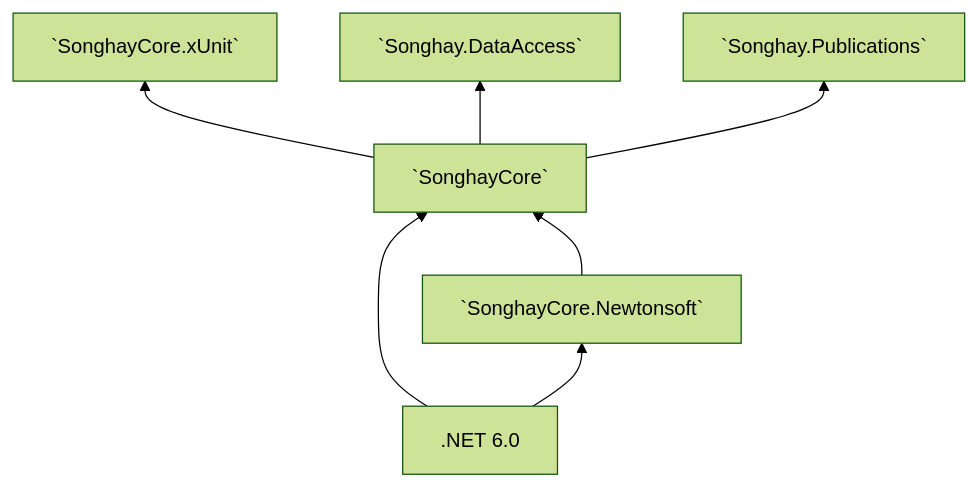
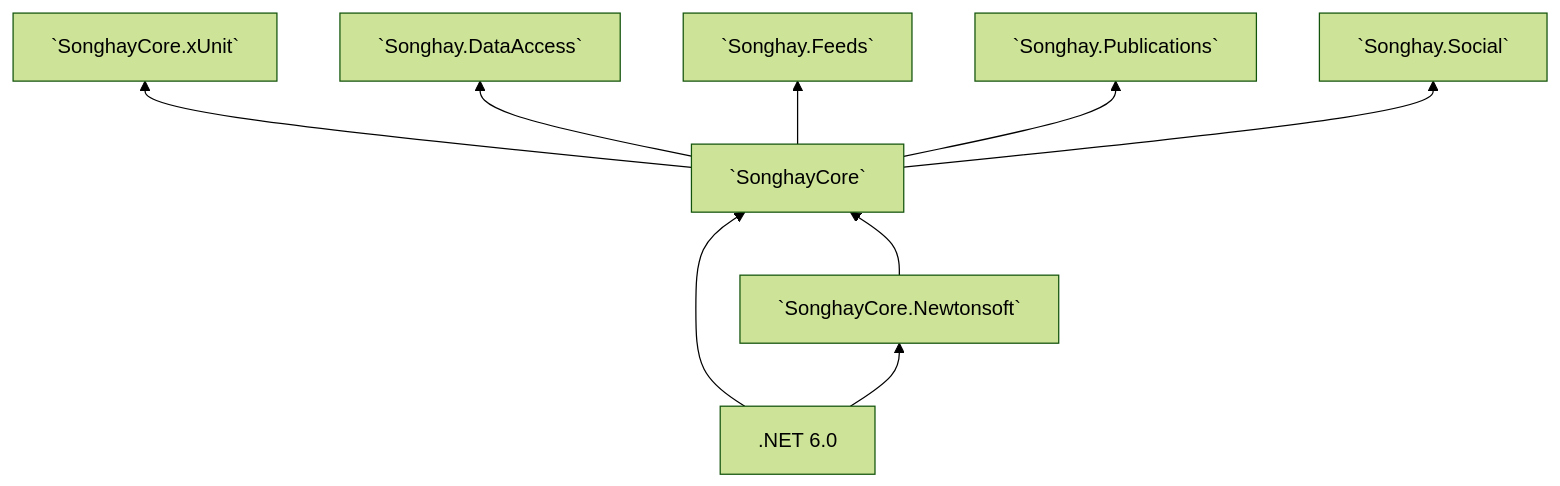
Before and after one commit to BryanWilhite/SonghayCore: the diagram in README.md, drawn with Mermaid (forest theme).

````diff
--- a/README.md
+++ b/README.md
@@ -96,15 +96,17 @@
 ```mermaid
 graph BT
     net6[.NET 6.0]
 
     1[`SonghayCore`]
     2[`SonghayCore.Newtonsoft`]
 
     net6-->1
     net6-->2
     2-->1
 
     1-->3[`SonghayCore.xUnit`]
     1-->4[`Songhay.DataAccess`]
-    1-->5[`Songhay.Publications`]
+    1-->5[`Songhay.Feeds`]
+    1-->6[`Songhay.Publications`]
+    1-->7[`Songhay.Social`]
 ```
````
